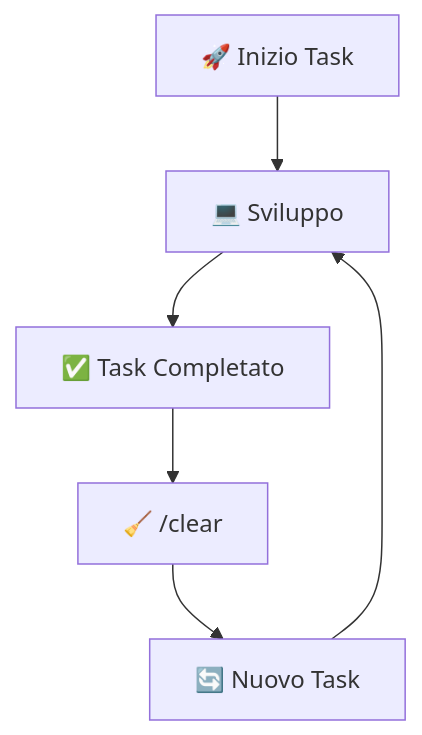
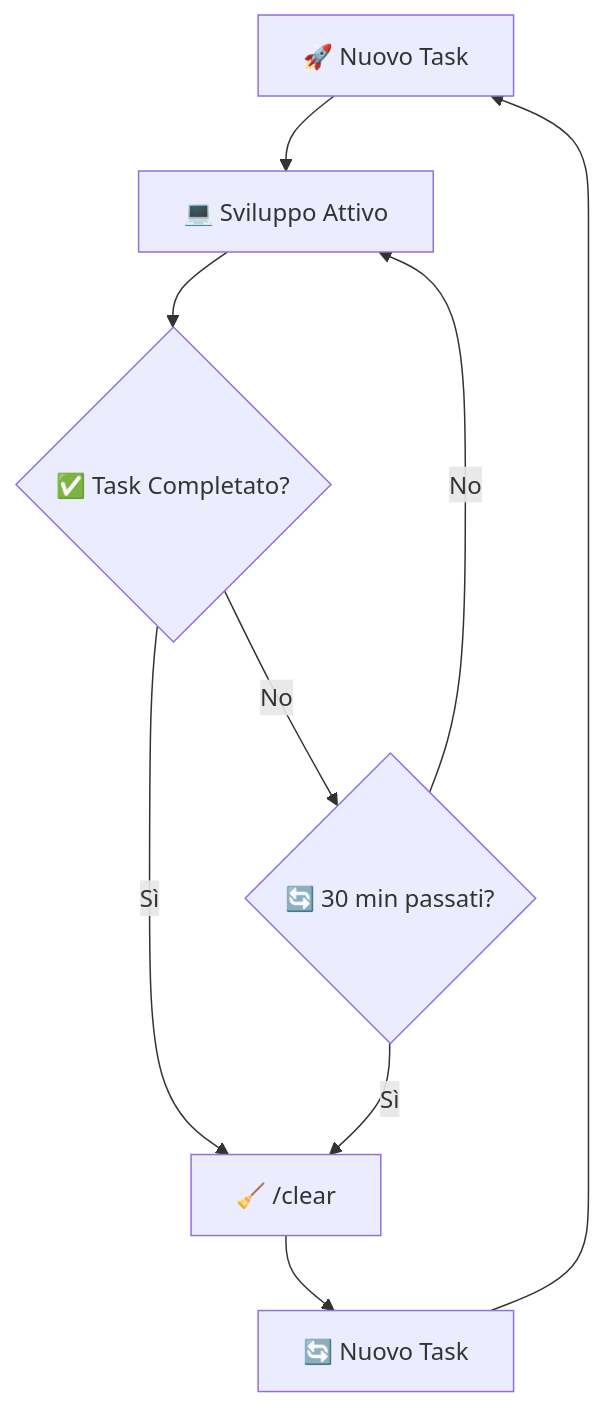
Before and after one commit to freshgr4m/claude-code-trucchi-nascosti: the second of 5 diagrams in README.md, drawn with Mermaid. The commit also changed other lines of this file, not shown here.

````diff
--- a/README.md
+++ b/README.md
@@ -311,8 +684,11 @@
 ```mermaid
 graph TD
-    A[🚀 Inizio Task] --> B[💻 Sviluppo]
-    B --> C[✅ Task Completato]
-    C --> D[🧹 /clear]
-    D --> E[🔄 Nuovo Task]
-    E --> B
+    A[🚀 Nuovo Task] --> B[💻 Sviluppo Attivo]
+    B --> C{✅ Task Completato?}
+    C -->|Sì| D[🧹 /clear]  
+    C -->|No| E{🔄 30 min passati?}
+    E -->|Sì| D
+    E -->|No| B
+    D --> F[🔄 Nuovo Task]
+    F --> A
 ```
````
